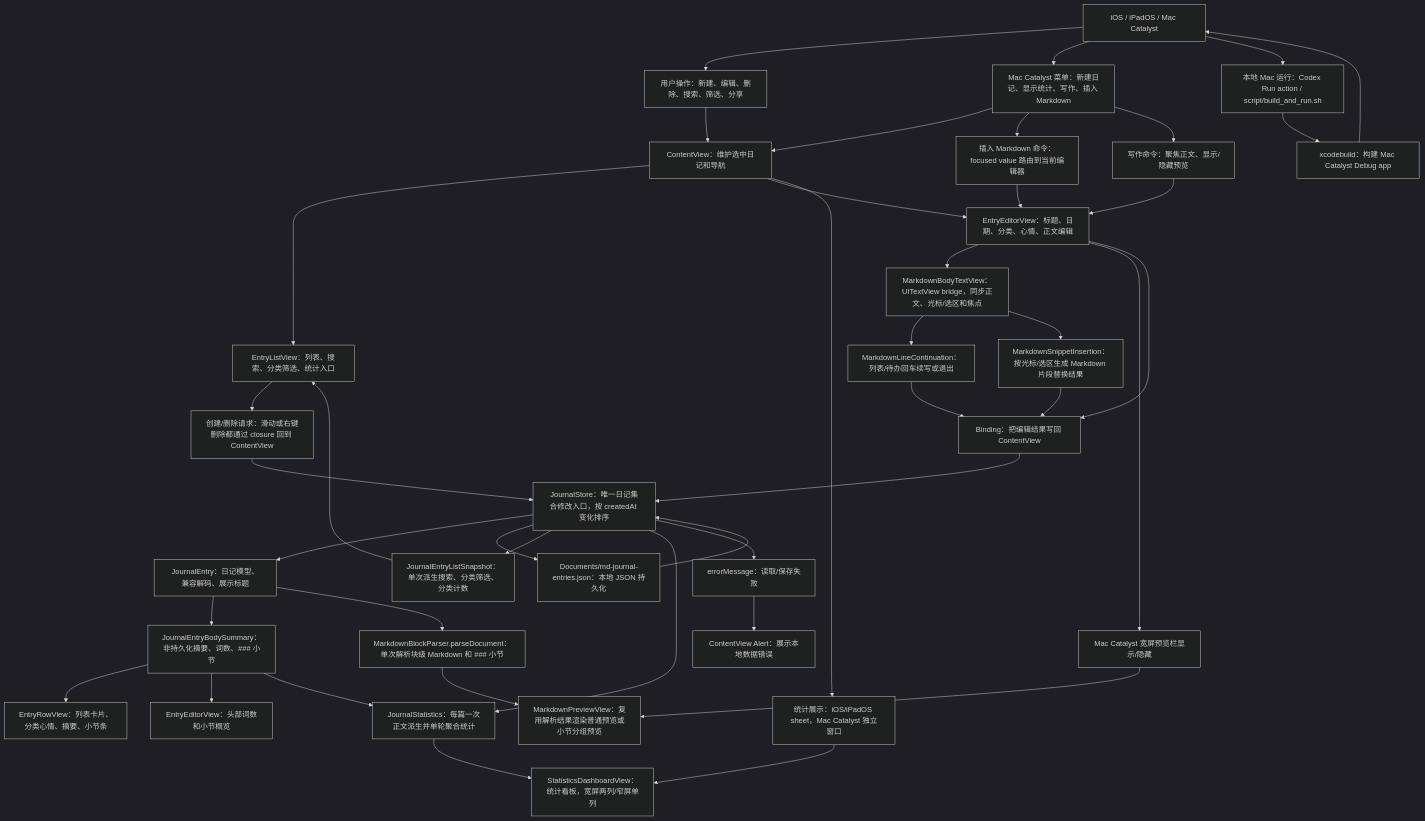
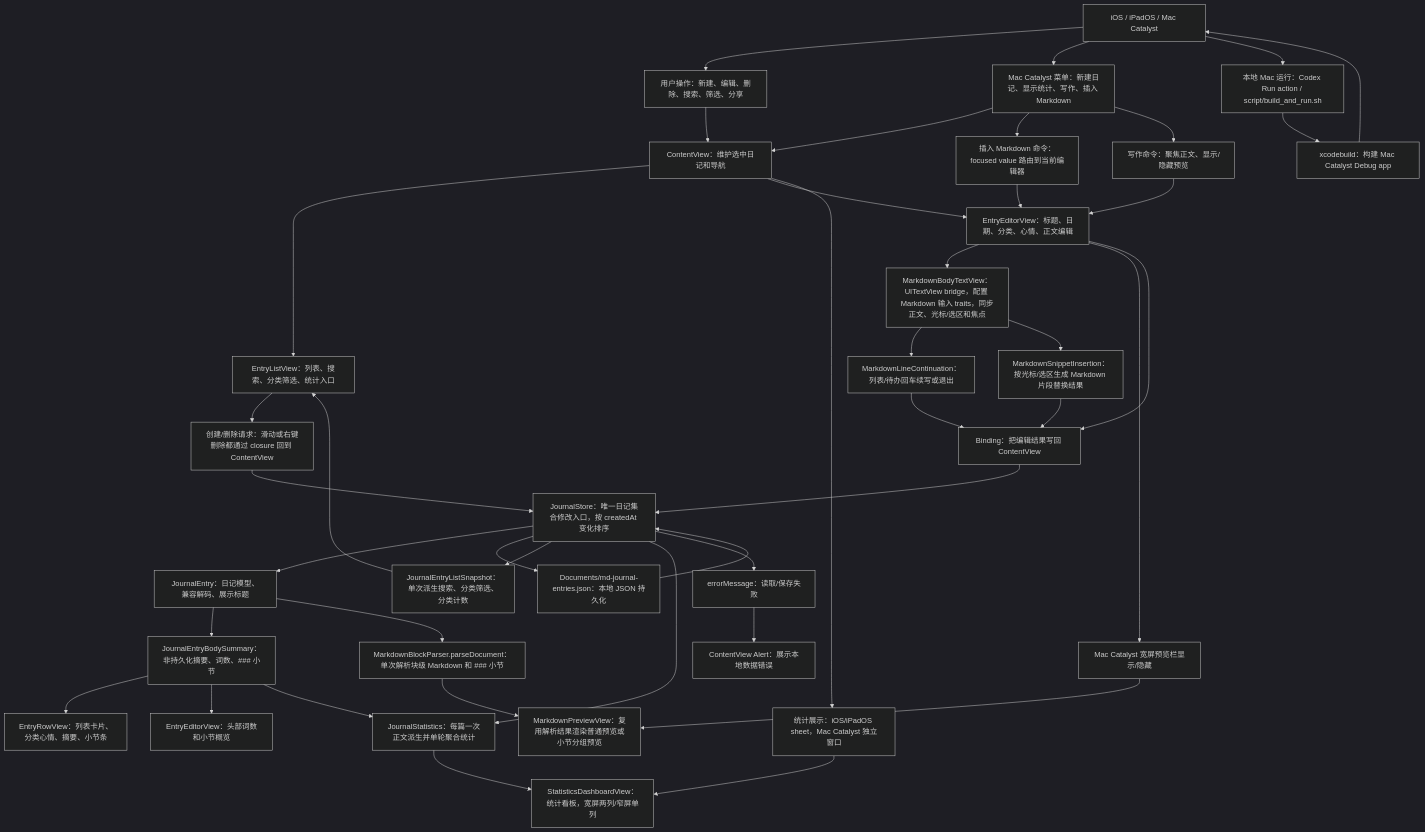
The first of 6 diagrams in md/flow/flowchart.md (Altman-sam114/117), drawn with Mermaid (dark theme) before and after one commit. The commit also changed other lines of this file and 9 other files, not shown here.

````diff
--- a/md/flow/flowchart.md
+++ b/md/flow/flowchart.md
@@ -9,44 +9,44 @@
 ```mermaid
 flowchart TD
   Platform["iOS / iPadOS / Mac Catalyst"] --> User["用户操作：新建、编辑、删除、搜索、筛选、分享"]
   Platform --> Menu["Mac Catalyst 菜单：新建日记、显示统计、写作、插入 Markdown"]
   Platform --> LocalRun["本地 Mac 运行：Codex Run action / script/build_and_run.sh"]
   LocalRun --> CatalystBuild["xcodebuild：构建 Mac Catalyst Debug app"]
   CatalystBuild --> Platform
   User --> CV["ContentView：维护选中日记和导航"]
   Menu --> CV
   CV --> List["EntryListView：列表、搜索、分类筛选、统计入口"]
   CV --> Editor["EntryEditorView：标题、日期、分类、心情、正文编辑"]
   Menu --> SnippetCommand["插入 Markdown 命令：focused value 路由到当前编辑器"]
   SnippetCommand --> Editor
   Menu --> WritingCommand["写作命令：聚焦正文、显示/隐藏预览"]
   WritingCommand --> Editor
-  Editor --> BodyTextView["MarkdownBodyTextView：UITextView bridge，同步正文、光标/选区和焦点"]
+  Editor --> BodyTextView["MarkdownBodyTextView：UITextView bridge，配置 Markdown 输入 traits，同步正文、光标/选区和焦点"]
   BodyTextView --> LineContinuation["MarkdownLineContinuation：列表/待办回车续写或退出"]
   LineContinuation --> Binding
   BodyTextView --> SnippetInsertion["MarkdownSnippetInsertion：按光标/选区生成 Markdown 片段替换结果"]
   SnippetInsertion --> Binding
   Editor --> PreviewToggle["Mac Catalyst 宽屏预览栏显示/隐藏"]
   PreviewToggle --> Preview
   List --> CreateDelete["创建/删除请求：滑动或右键删除都通过 closure 回到 ContentView"]
   Editor --> Binding["Binding<JournalEntry>：把编辑结果写回 ContentView"]
   CreateDelete --> Store["JournalStore：唯一日记集合修改入口，按 createdAt 变化排序"]
   Binding --> Store
   Store --> Model["JournalEntry：日记模型、兼容解码、展示标题"]
   Store --> JSON["Documents/md-journal-entries.json：本地 JSON 持久化"]
   JSON --> Store
   Model --> Summary["JournalEntryBodySummary：非持久化摘要、词数、### 小节"]
   Store --> ListSnapshot["JournalEntryListSnapshot：单次派生搜索、分类筛选、分类计数"]
   ListSnapshot --> List
   Model --> Parser["MarkdownBlockParser.parseDocument：单次解析块级 Markdown 和 ### 小节"]
   Parser --> Preview["MarkdownPreviewView：复用解析结果渲染普通预览或小节分组预览"]
   Store --> Stats["JournalStatistics：每篇一次正文派生并单轮聚合统计"]
   CV --> StatsSurface["统计展示：iOS/iPadOS sheet，Mac Catalyst 独立窗口"]
   StatsSurface --> Dashboard["StatisticsDashboardView：统计看板，宽屏两列/窄屏单列"]
   Stats --> Dashboard
   Summary --> Row["EntryRowView：列表卡片、分类心情、摘要、小节条"]
   Summary --> EditorStats["EntryEditorView：头部词数和小节概览"]
   Summary --> Stats
   Store --> Error["errorMessage：读取/保存失败"]
   Error --> Alert["ContentView Alert：展示本地数据错误"]
 ```
````
